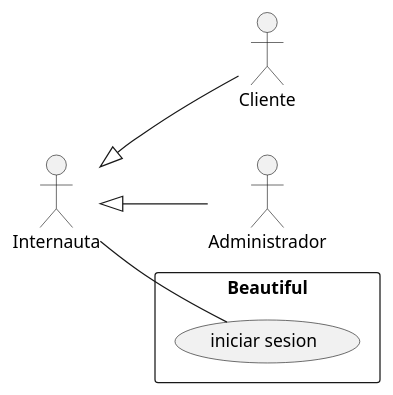
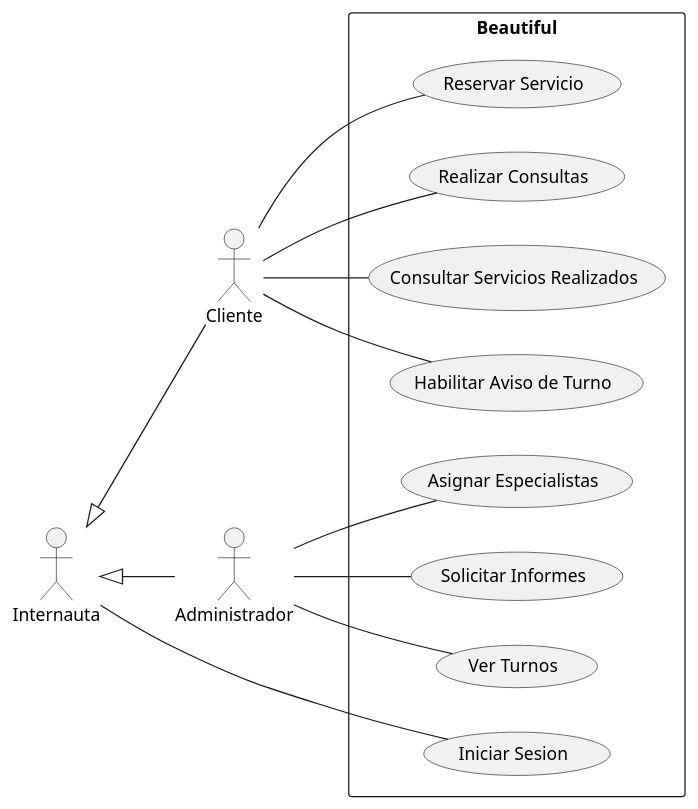
One commit to Z0SO/UML-Practice changed the first of 2 diagrams in Modelos parciales/parciales.md. Above: the diagram before and after it, drawn with PlantUML. The commit also changed other lines of this file, not shown here.

````diff
--- a/Modelos parciales/parciales.md
+++ b/Modelos parciales/parciales.md
@@ -33,30 +33,54 @@
 ```plantuml
 
 ' diagrama de casos de uso
 
 
 left to right direction
 
 actor "Internauta" as internauta
 
 actor "Cliente" as cliente
 
 actor "Administrador" as admin
 
 internauta <|-- cliente
 internauta <|-- admin
 
 
 
 rectangle "Beautiful" {
 
-    usecase "iniciar sesion" as is
-
+    ' parte del internauta
+    usecase "Iniciar Sesion" as is
     internauta -- is
 
 
-}
+
+
+    ' parte Cliente
+    usecase "Reservar Servicio" as reservarServicio
+    cliente -- reservarServicio
+
+    usecase "Realizar Consultas" as realizarConsultas
+    cliente -- realizarConsultas
+
+    usecase "Consultar Servicios Realizados" as consultarServicios
+    cliente -- consultarServicios
+
+    usecase "Habilitar Aviso de Turno" as habilitarAviso
+    cliente -- habilitarAviso
 
 
 
+    ' parte admin
+    usecase "Ver Turnos" as verTurnos
+    admin -- verTurnos
+
+    usecase "Asignar Especialistas" as asignarEspecialistas
+    admin -- asignarEspecialistas
+
+    usecase "Solicitar Informes" as solicitarInformes
+    admin -- solicitarInformes
+}
+
 ```
````
